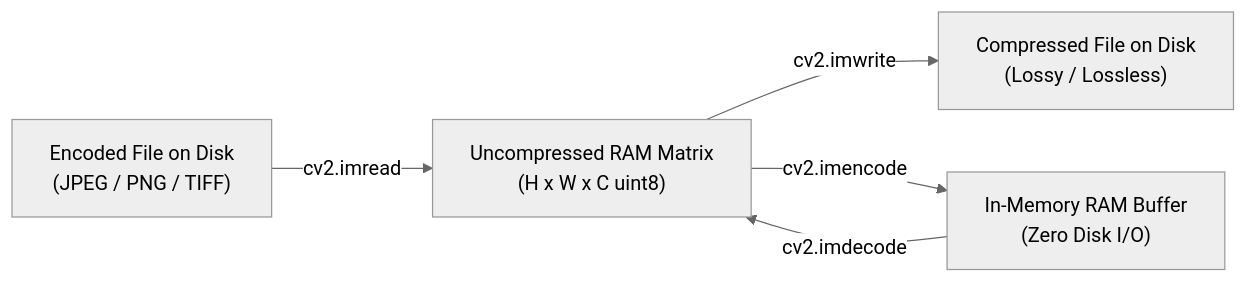
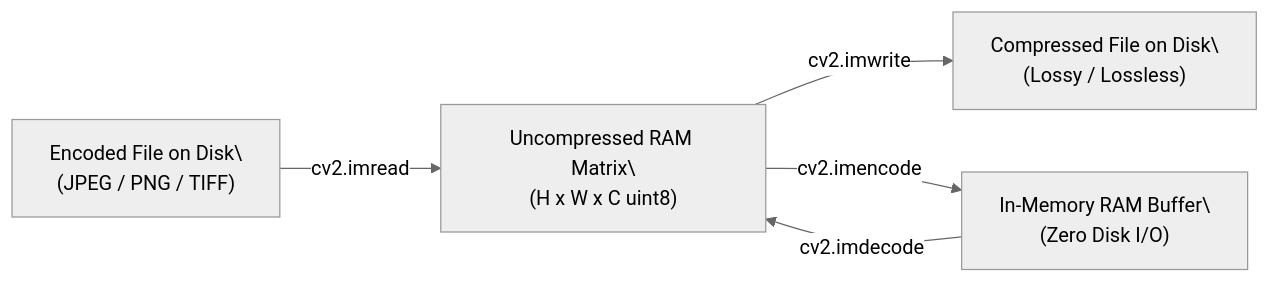
Before and after one commit to jashu-16/cv_learning: the third of 6 diagrams in docs/opencv/part1_fundamentals.md, drawn with Mermaid (neutral theme). The commit also changed other lines of this file and 24 other files, not shown here.

````diff
--- a/docs/opencv/part1_fundamentals.md
+++ b/docs/opencv/part1_fundamentals.md
@@ -536,7 +603,7 @@
 ```mermaid
 flowchart LR
-    A["Encoded File on Disk\n(JPEG / PNG / TIFF)"] -->|cv2.imread| B["Uncompressed RAM Matrix\n(H x W x C uint8)"]
-    B -->|cv2.imwrite| C["Compressed File on Disk\n(Lossy / Lossless)"]
-    B -->|cv2.imencode| D["In-Memory RAM Buffer\n(Zero Disk I/O)"]
+    A["Encoded File on Disk\\n(JPEG / PNG / TIFF)"] -->|cv2.imread| B["Uncompressed RAM Matrix\\n(H x W x C uint8)"]
+    B -->|cv2.imwrite| C["Compressed File on Disk\\n(Lossy / Lossless)"]
+    B -->|cv2.imencode| D["In-Memory RAM Buffer\\n(Zero Disk I/O)"]
     D -->|cv2.imdecode| B
 ```
````
